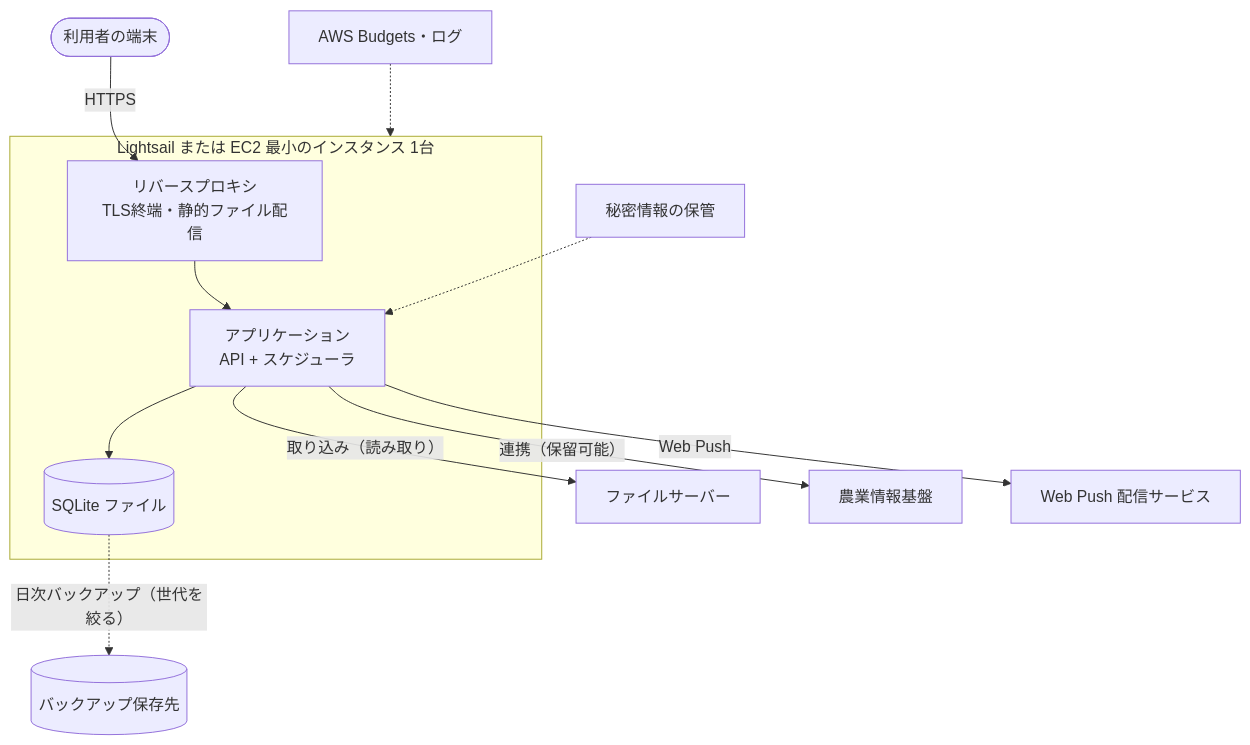
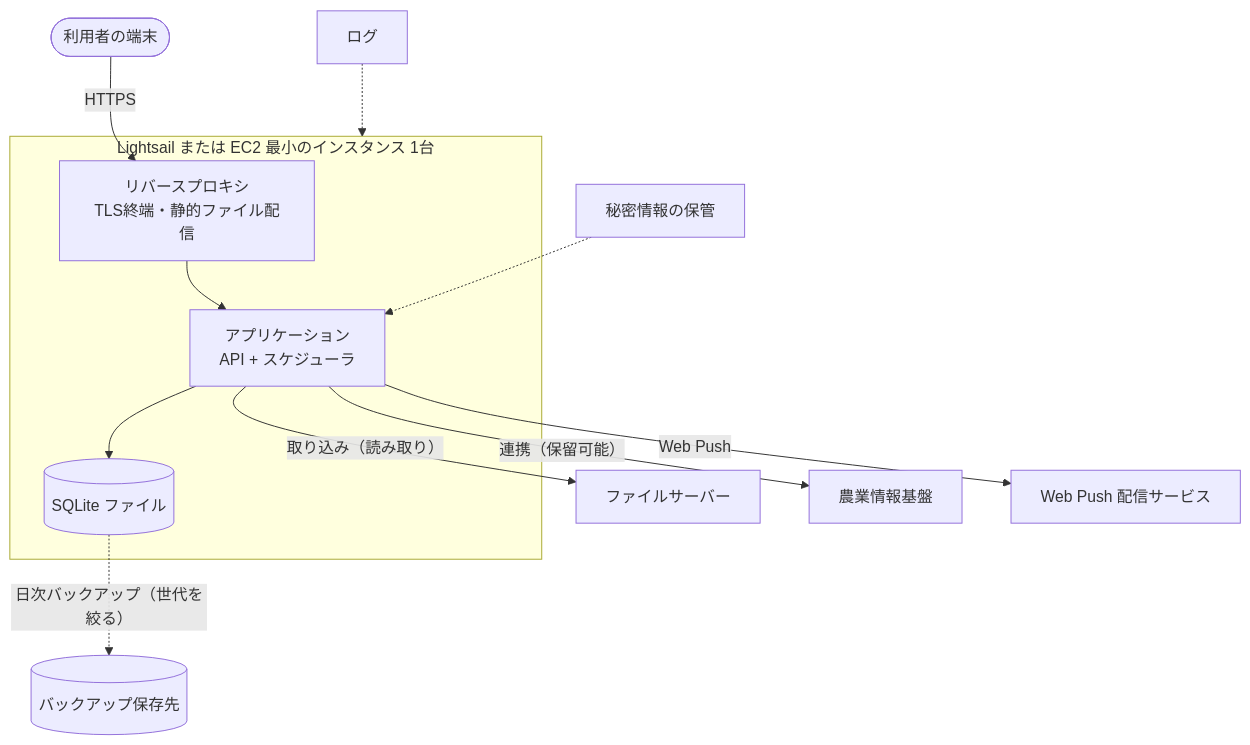
The ninth of 9 diagrams in docs/10_design/architecture/architecture.md (NS-APU/smart-farm-monitoring), drawn with Mermaid before and after one commit. The commit also changed other lines of this file and 3 other files, not shown here.

````diff
--- a/docs/10_design/architecture/architecture.md
+++ b/docs/10_design/architecture/architecture.md
@@ -492,17 +492,17 @@
 ```mermaid
 flowchart TB
   U([利用者の端末]) -->|HTTPS| PX
   subgraph VM[Lightsail または EC2 最小のインスタンス 1台]
     PX[リバースプロキシ<br>TLS終端・静的ファイル配信]
     APP[アプリケーション<br>API + スケジューラ]
     DB[(SQLite ファイル)]
     PX --> APP
     APP --> DB
   end
   APP -->|取り込み（読み取り）| FS[ファイルサーバー]
   APP -->|連携（保留可能）| AG[農業情報基盤]
   APP -->|Web Push| PS[Web Push 配信サービス]
   DB -.->|日次バックアップ（世代を絞る）| BK[(バックアップ保存先)]
   SEC[秘密情報の保管] -.-> APP
-  MON[AWS Budgets・ログ] -.-> VM
+  MON[ログ] -.-> VM
 ```
````
